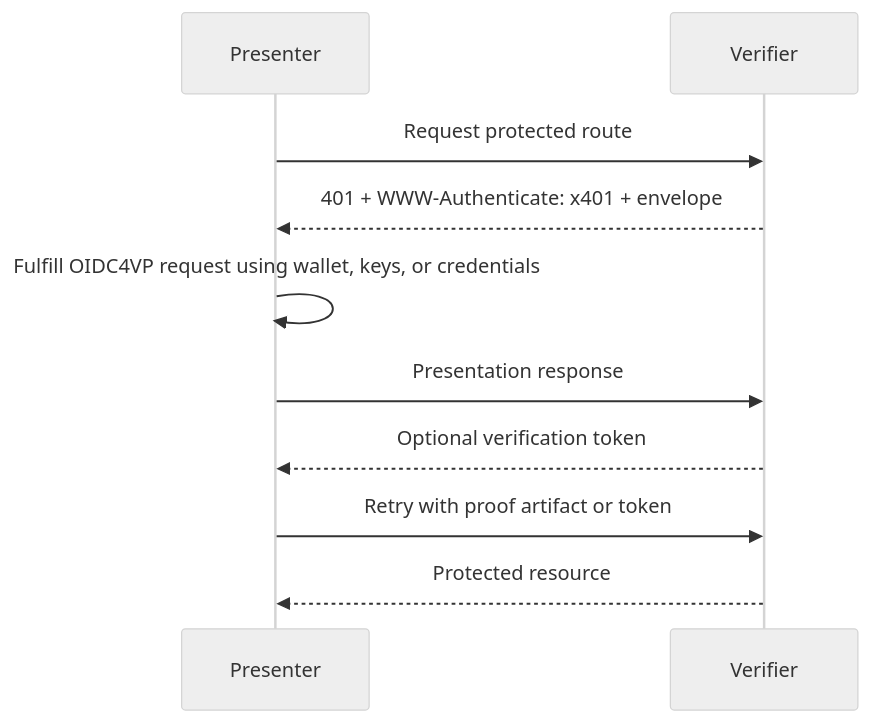
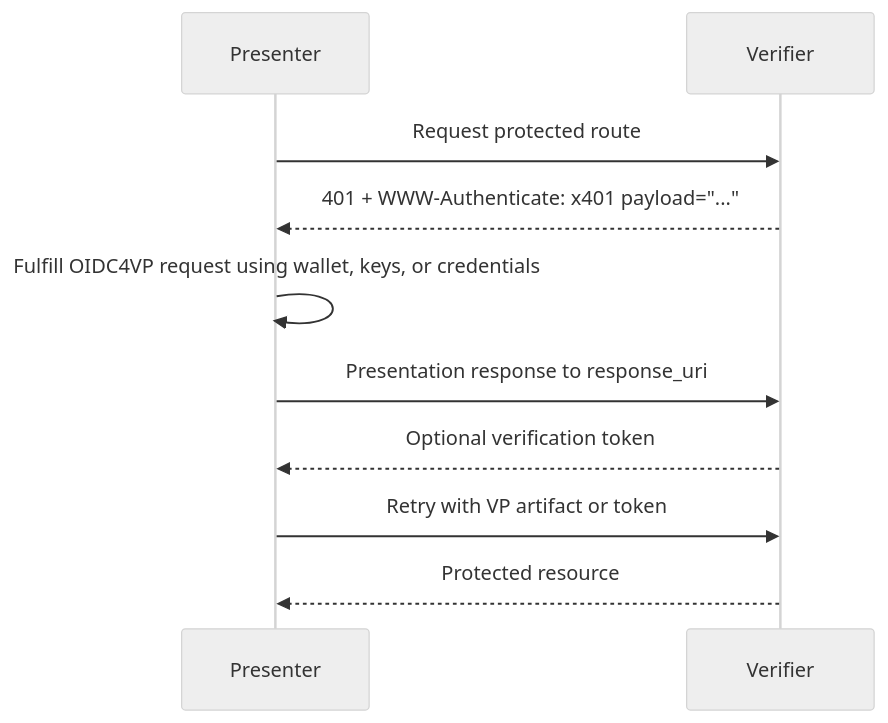
One commit to csuwildcat/P401 changed the first of 2 diagrams in spec.md. Above: the diagram before and after it, drawn with Mermaid (neutral theme). The commit also changed other lines of this file and 4 other files, not shown here.

````diff
--- a/spec.md
+++ b/spec.md
@@ -138,12 +142,12 @@
 ```mermaid
 sequenceDiagram
     participant Presenter
     participant Verifier
     Presenter->>Verifier: Request protected route
-    Verifier-->>Presenter: 401 + WWW-Authenticate: x401 + envelope
+    Verifier-->>Presenter: 401 + WWW-Authenticate: x401 payload="..."
     Presenter->>Presenter: Fulfill OIDC4VP request using wallet, keys, or credentials
-    Presenter->>Verifier: Presentation response
+    Presenter->>Verifier: Presentation response to response_uri
     Verifier-->>Presenter: Optional verification token
-    Presenter->>Verifier: Retry with proof artifact or token
+    Presenter->>Verifier: Retry with VP artifact or token
     Verifier-->>Presenter: Protected resource
 ```
````
